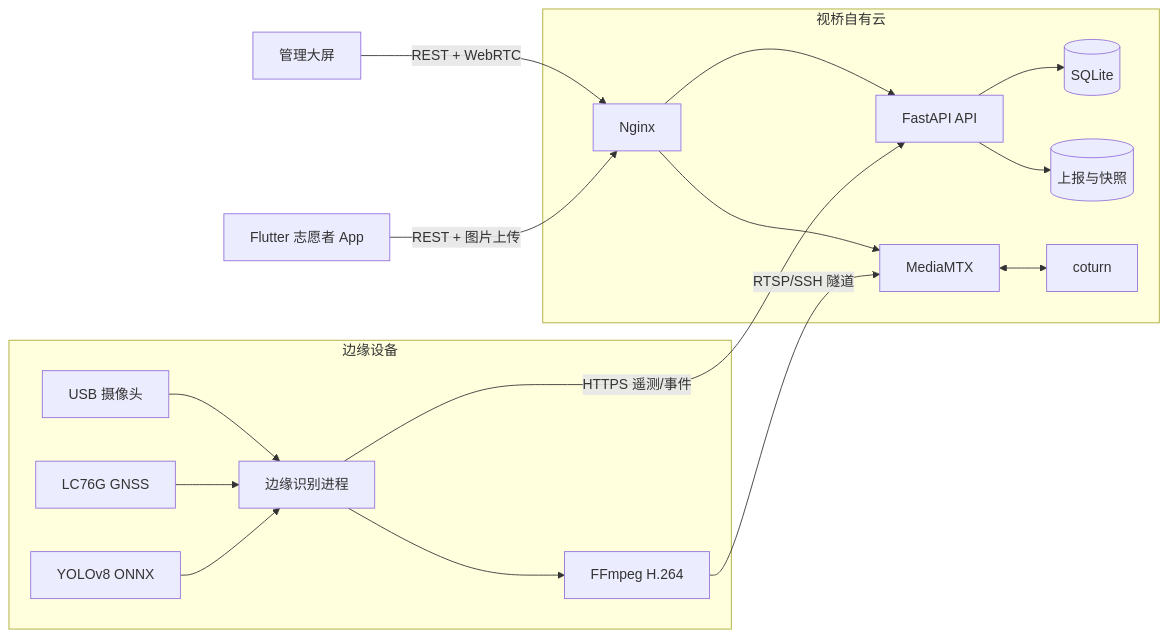
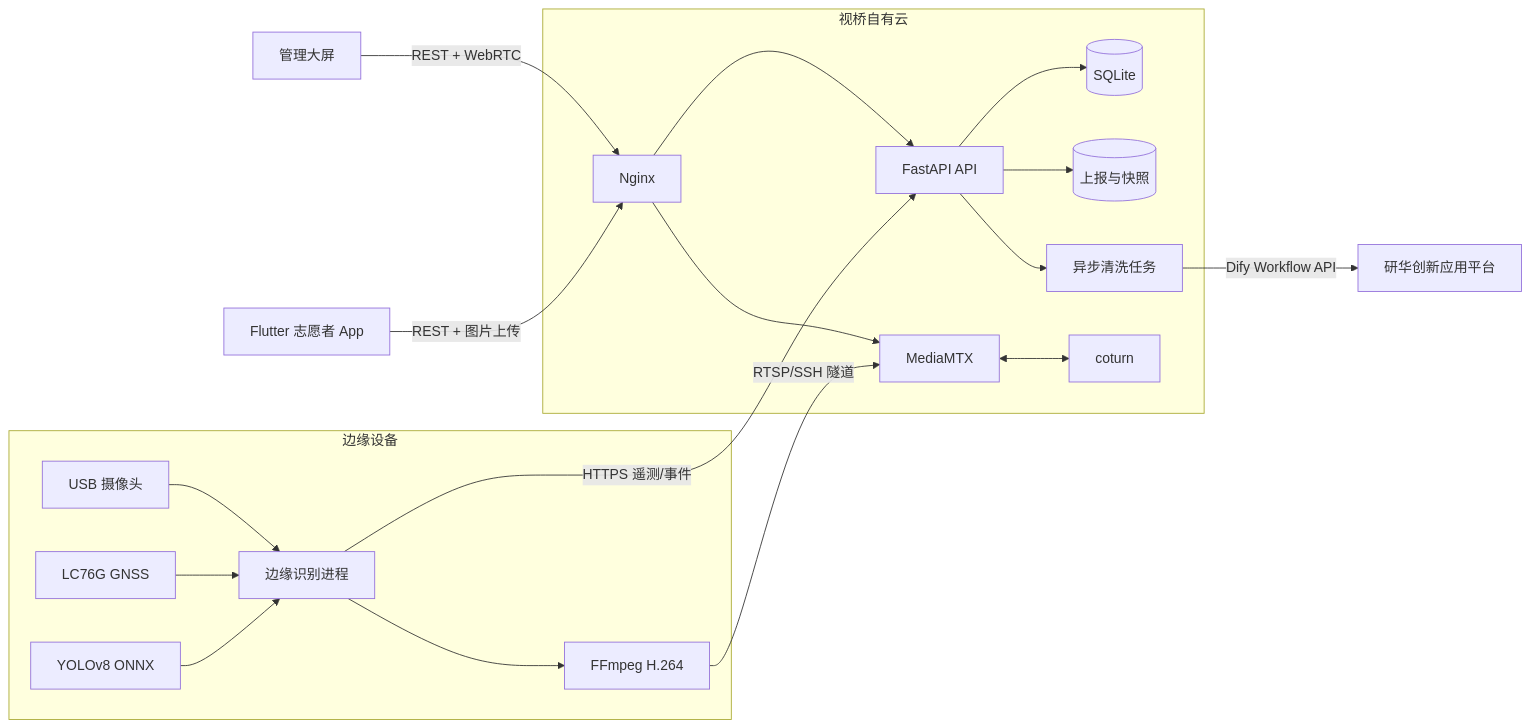
One commit to skyjjgw/visionbridge-aiot-accessibility changed the diagram in README.md. Above: the diagram before and after it, drawn with Mermaid. The commit also changed other lines of this file and 27 other files, not shown here.

````diff
--- a/README.md
+++ b/README.md
@@ -37,22 +37,24 @@
 ```mermaid
 flowchart LR
     subgraph Edge[边缘设备]
         Camera[USB 摄像头] --> Agent[边缘识别进程]
         GNSS[LC76G GNSS] --> Agent
         Model[YOLOv8 ONNX] --> Agent
         Agent --> Encoder[FFmpeg H.264]
     end
 
     subgraph Cloud[视桥自有云]
         API[FastAPI API] --> DB[(SQLite)]
         API --> Uploads[(上报与快照)]
+        API --> Worker[异步清洗任务]
         Media[MediaMTX] <--> Turn[coturn]
         Nginx[Nginx] --> API
         Nginx --> Media
     end
 
     Agent -->|HTTPS 遥测/事件| API
+    Worker -->|Dify Workflow API| Advantech[研华创新应用平台]
     Encoder -->|RTSP/SSH 隧道| Media
     Dashboard[管理大屏] -->|REST + WebRTC| Nginx
     App[Flutter 志愿者 App] -->|REST + 图片上传| Nginx
 ```
````
